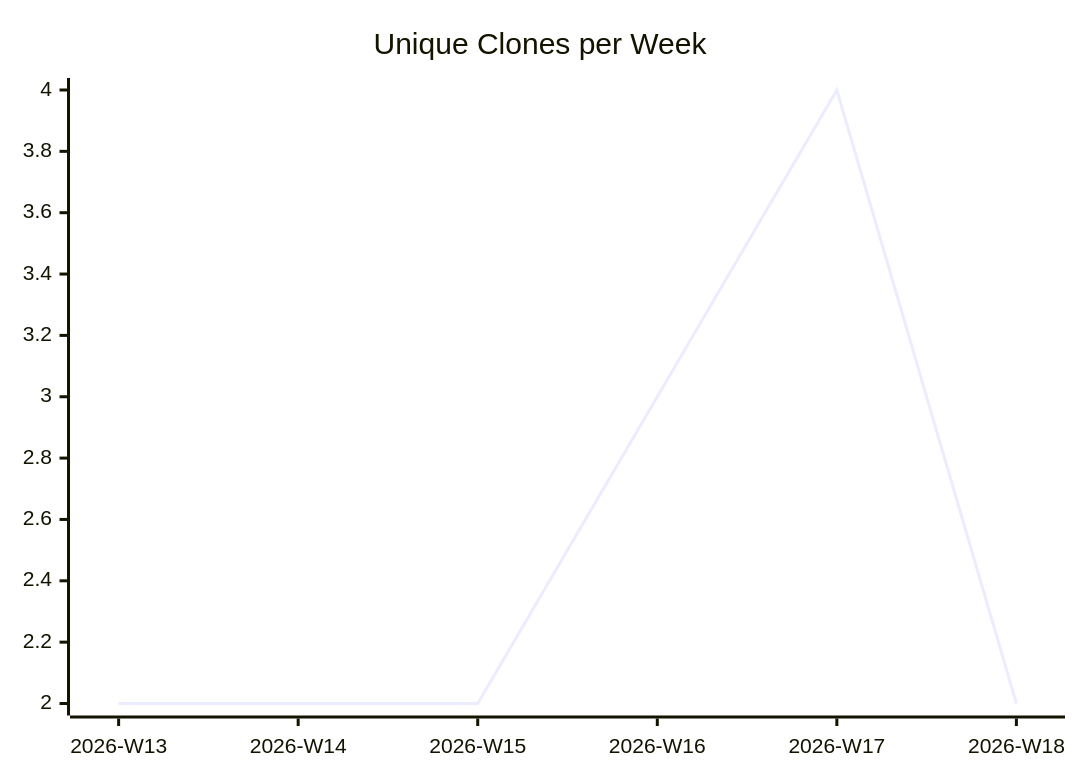
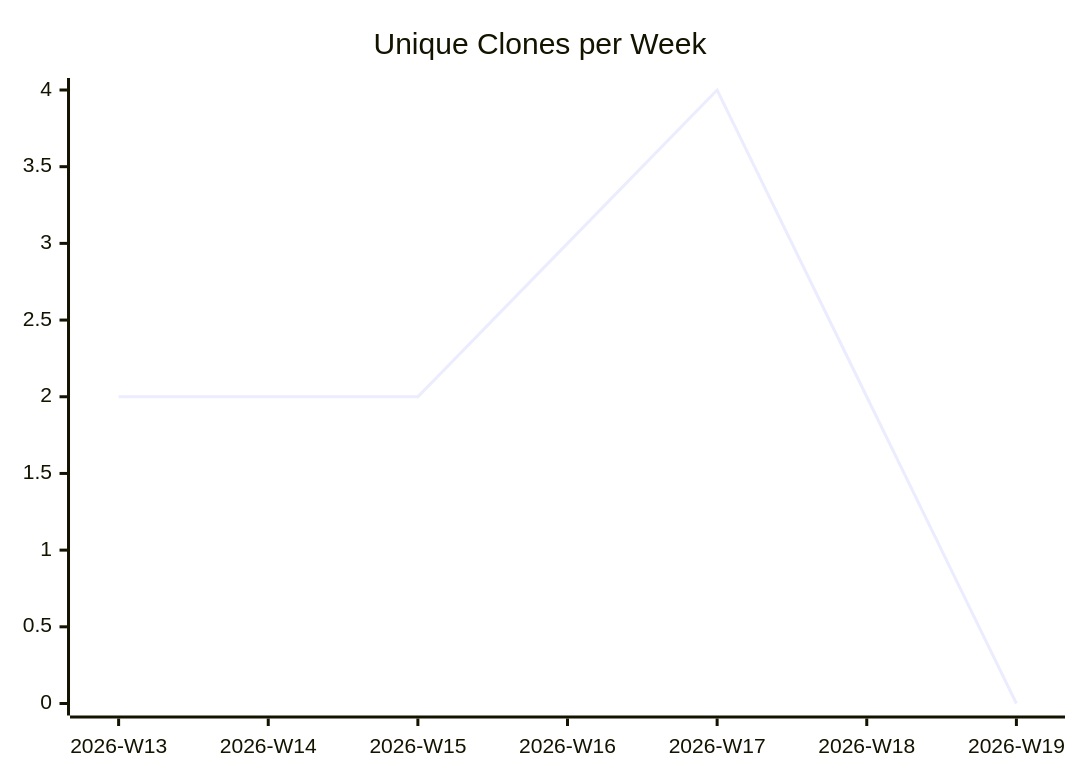
One commit to justdavis-family/github-analytics-data changed the third of 3 diagrams in karlmdavis/bbonfhir-dev-infra-docker/README.md. Above: the diagram before and after it, drawn with Mermaid. The commit also changed other lines of this file and 187 other files, not shown here.

````diff
--- a/karlmdavis/bbonfhir-dev-infra-docker/README.md
+++ b/karlmdavis/bbonfhir-dev-infra-docker/README.md
@@ -19,6 +19,6 @@
 ```mermaid
 xychart-beta
   title "Unique Clones per Week"
-  x-axis ["2026-W13", "2026-W14", "2026-W15", "2026-W16", "2026-W17", "2026-W18"]
-  line [2, 2, 2, 3, 4, 2]
+  x-axis ["2026-W13", "2026-W14", "2026-W15", "2026-W16", "2026-W17", "2026-W18", "2026-W19"]
+  line [2, 2, 2, 3, 4, 2, 0]
 ```
````
